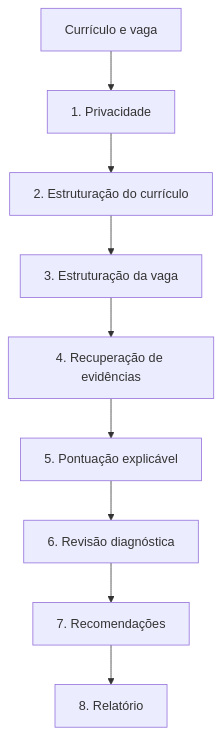
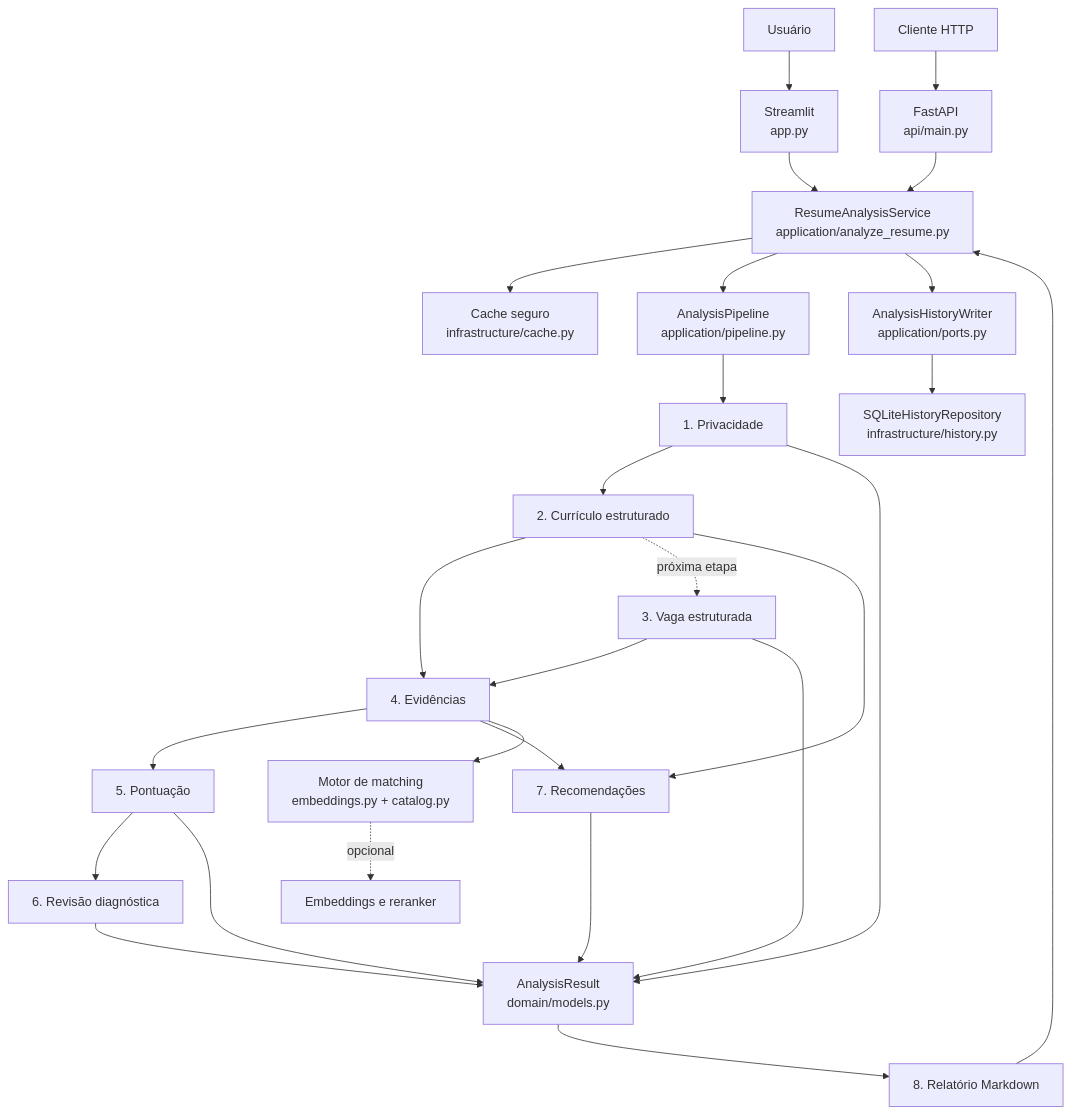
The diagram in docs/architecture.md (viniciusrodriguesai/resume-agent-system), drawn with Mermaid before and after one commit. The commit also changed other lines of this file and 3 other files, not shown here.

Commit message:
Refactor analysis orchestration pipeline

````diff
--- a/docs/architecture.md
+++ b/docs/architecture.md
@@ -45,11 +10,32 @@
 ```mermaid
 flowchart TD
-    INPUT[Currículo e vaga] --> PRIV[1. Privacidade]
-    PRIV --> CAND[2. Estruturação do currículo]
-    CAND --> JOB[3. Estruturação da vaga]
-    JOB --> EVID[4. Recuperação de evidências]
-    EVID --> SCORE[5. Pontuação explicável]
+    USER[Usuário] --> UI[Streamlit<br/>app.py]
+    CLIENT[Cliente HTTP] --> API[FastAPI<br/>api/main.py]
+    UI --> SERVICE[ResumeAnalysisService<br/>application/analyze_resume.py]
+    API --> SERVICE
+
+    SERVICE --> CACHE[Cache seguro<br/>infrastructure/cache.py]
+    SERVICE --> PIPE[AnalysisPipeline<br/>application/pipeline.py]
+    SERVICE --> HISTORY_PORT[AnalysisHistoryWriter<br/>application/ports.py]
+    HISTORY_PORT --> HISTORY[SQLiteHistoryRepository<br/>infrastructure/history.py]
+
+    PIPE --> PRIV[1. Privacidade]
+    PRIV --> CAND[2. Currículo estruturado]
+    CAND --> EVID[4. Evidências]
+    CAND -. próxima etapa .-> JOB[3. Vaga estruturada]
+    JOB --> EVID
+    EVID --> SCORE[5. Pontuação]
     SCORE --> REVIEW[6. Revisão diagnóstica]
-    REVIEW --> REC[7. Recomendações]
-    REC --> REPORT[8. Relatório]
+    CAND --> REC[7. Recomendações]
+    EVID --> REC
+    REVIEW --> RESULT[AnalysisResult<br/>domain/models.py]
+    REC --> RESULT
+    SCORE --> RESULT
+    JOB --> RESULT
+    PRIV --> RESULT
+    RESULT --> REPORT[8. Relatório Markdown]
+    REPORT --> SERVICE
+
+    EVID --> ENGINE[Motor de matching<br/>embeddings.py + catalog.py]
+    ENGINE -. opcional .-> MODELS[Embeddings e reranker]
 ```
````
